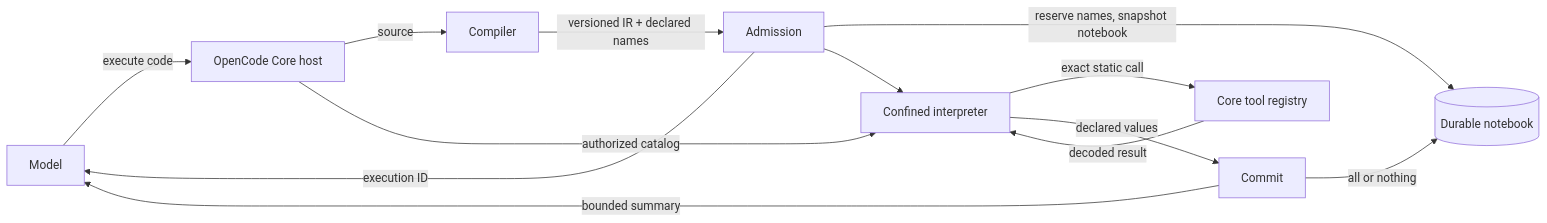
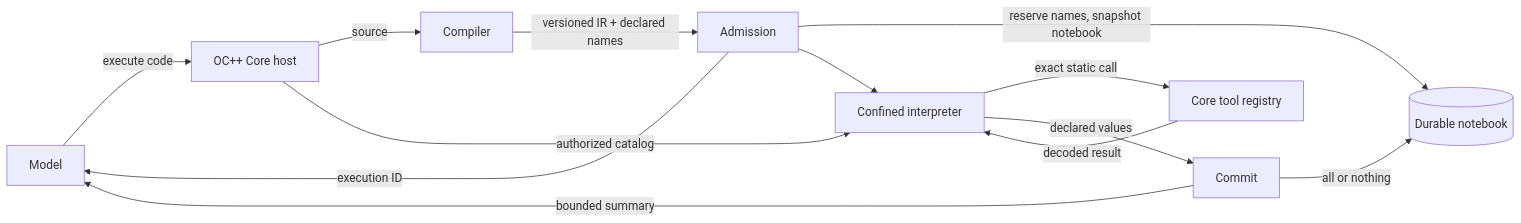
Before and after one commit to devagrawal09/ocpp: the first of 3 diagrams in packages/codemode/interpreter-support.md, drawn with Mermaid. The commit also changed other lines of this file and 2880 other files, not shown here.

````diff
--- a/packages/codemode/interpreter-support.md
+++ b/packages/codemode/interpreter-support.md
@@ -16,15 +16,15 @@
 ```mermaid
 flowchart LR
-    Model[Model] -->|execute code| Core[OpenCode Core host]
+    Model[Model] -->|execute code| Core[OC++ Core host]
     Core -->|source| Compiler[Compiler]
     Compiler -->|versioned IR + declared names| Admission[Admission]
     Admission -->|reserve names, snapshot notebook| Store[(Durable notebook)]
     Admission -->|execution ID| Model
     Admission --> Runtime[Confined interpreter]
     Core -->|authorized catalog| Runtime
     Runtime -->|exact static call| Tools[Core tool registry]
     Tools -->|decoded result| Runtime
     Runtime -->|declared values| Commit[Commit]
     Commit -->|all or nothing| Store
     Commit -->|bounded summary| Model
 ```
````
